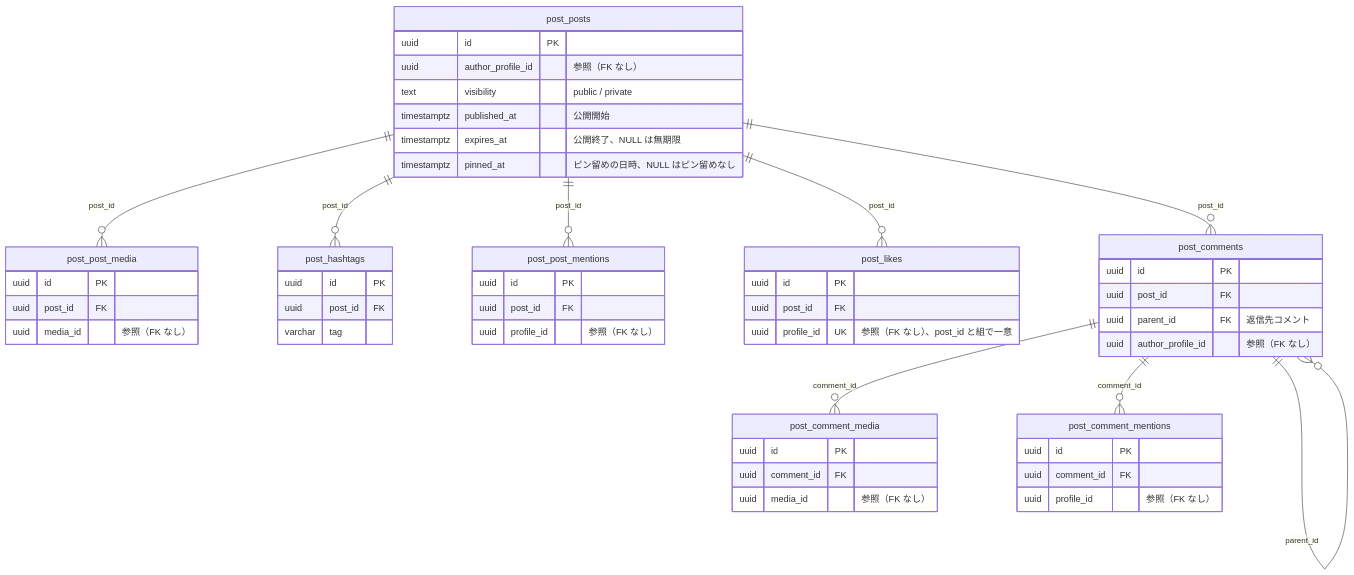
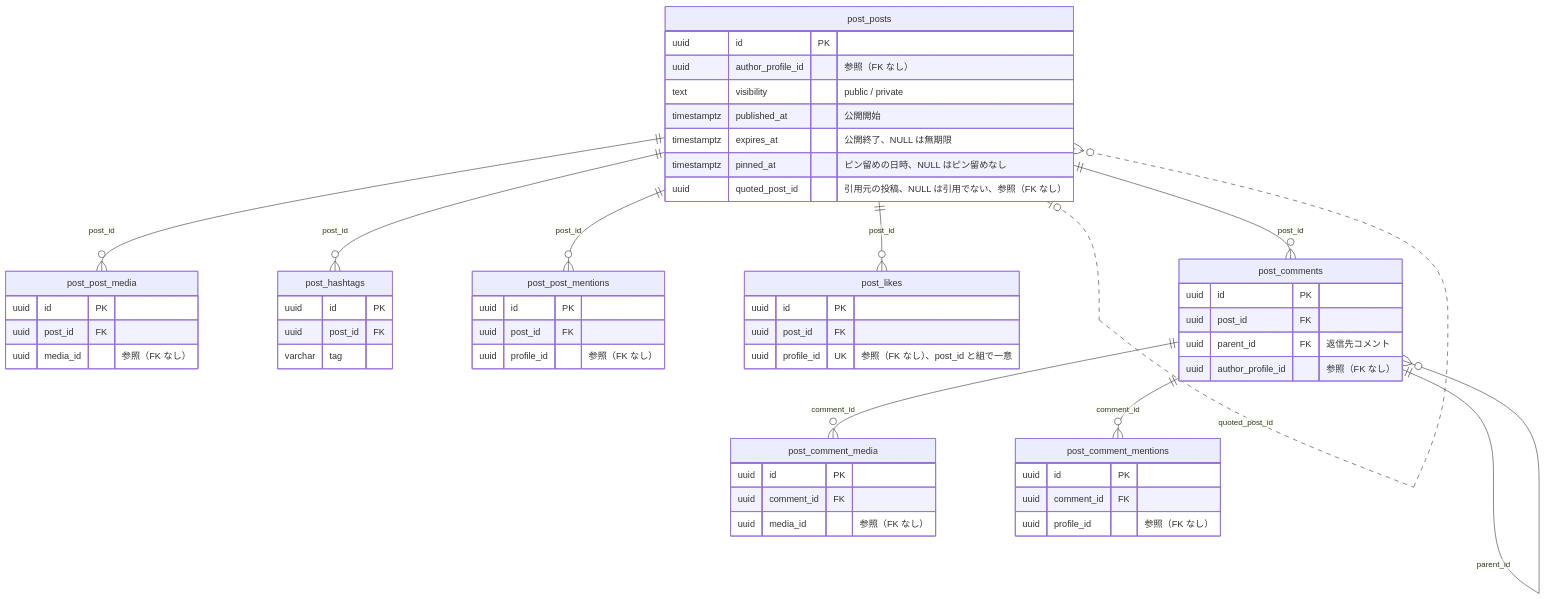
The fourth of 14 diagrams in dystopia/docs/data-model.md (panicboat/monorepo), drawn with Mermaid before and after one commit. The commit also changed other lines of this file and 84 other files, not shown here.

````diff
--- a/dystopia/docs/data-model.md
+++ b/dystopia/docs/data-model.md
@@ -92,55 +92,57 @@
 ```mermaid
 erDiagram
     post_posts {
         uuid id PK
         uuid author_profile_id "参照（FK なし）"
         text visibility "public / private"
         timestamptz published_at "公開開始"
         timestamptz expires_at "公開終了、NULL は無期限"
         timestamptz pinned_at "ピン留めの日時、NULL はピン留めなし"
+        uuid quoted_post_id "引用元の投稿、NULL は引用でない、参照（FK なし）"
     }
     post_post_media {
         uuid id PK
         uuid post_id FK
         uuid media_id "参照（FK なし）"
     }
     post_hashtags {
         uuid id PK
         uuid post_id FK
         varchar tag
     }
     post_post_mentions {
         uuid id PK
         uuid post_id FK
         uuid profile_id "参照（FK なし）"
     }
     post_likes {
         uuid id PK
         uuid post_id FK
         uuid profile_id UK "参照（FK なし）、post_id と組で一意"
     }
     post_comments {
         uuid id PK
         uuid post_id FK
         uuid parent_id FK "返信先コメント"
         uuid author_profile_id "参照（FK なし）"
     }
     post_comment_media {
         uuid id PK
         uuid comment_id FK
         uuid media_id "参照（FK なし）"
     }
     post_comment_mentions {
         uuid id PK
         uuid comment_id FK
         uuid profile_id "参照（FK なし）"
     }
+    post_posts |o..o{ post_posts : "quoted_post_id"
     post_posts ||--o{ post_post_media : "post_id"
     post_posts ||--o{ post_hashtags : "post_id"
     post_posts ||--o{ post_post_mentions : "post_id"
     post_posts ||--o{ post_likes : "post_id"
     post_posts ||--o{ post_comments : "post_id"
     post_comments ||--o{ post_comments : "parent_id"
     post_comments ||--o{ post_comment_media : "comment_id"
     post_comments ||--o{ post_comment_mentions : "comment_id"
 ```
````
